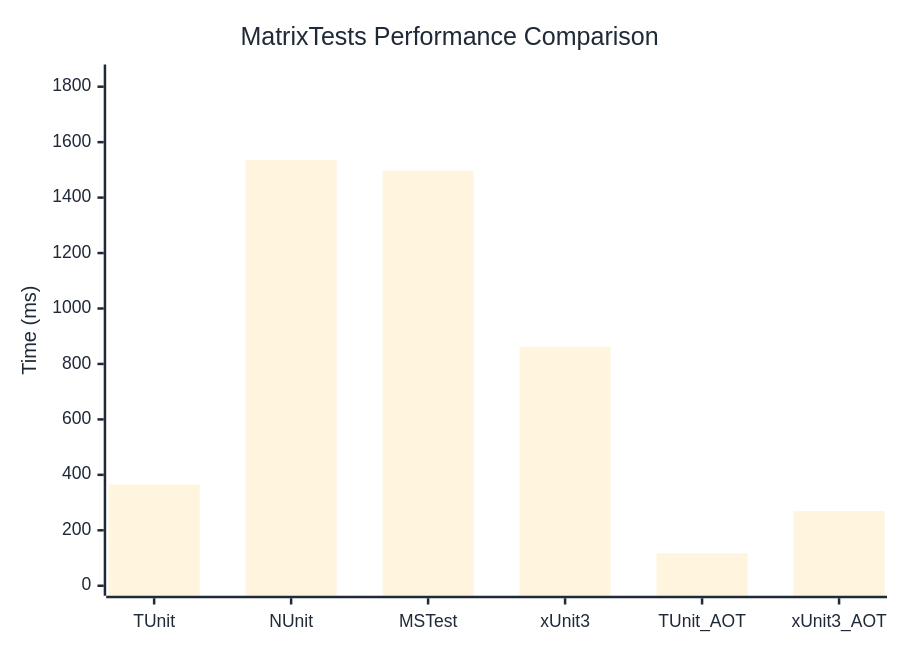
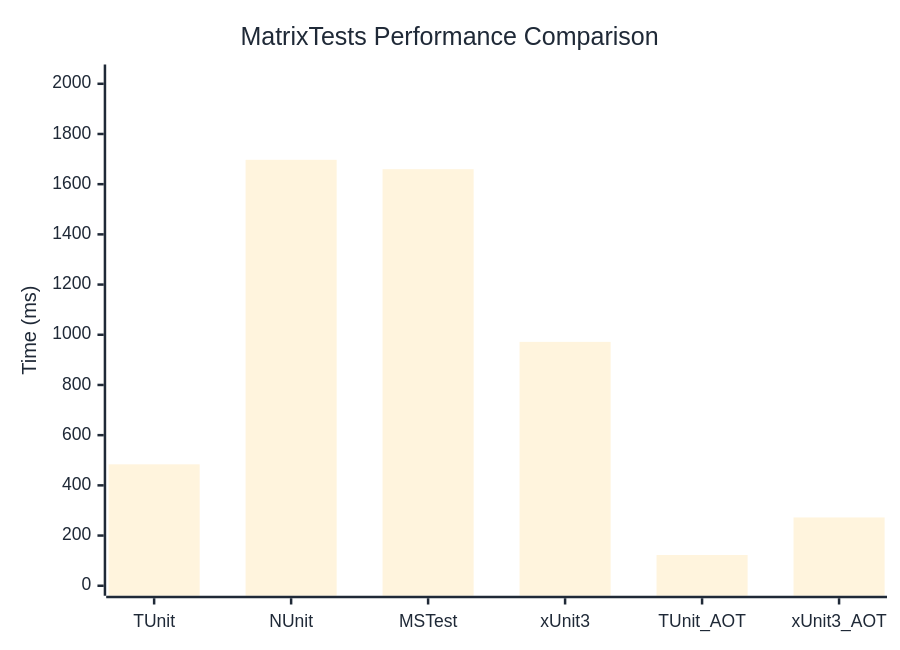
Before and after one commit to thomhurst/TUnit: the diagram in docs/docs/benchmarks/engine/MatrixTests.md, drawn with Mermaid. The commit also changed other lines of this file and 18 other files, not shown here.

````diff
--- a/docs/docs/benchmarks/engine/MatrixTests.md
+++ b/docs/docs/benchmarks/engine/MatrixTests.md
@@ -30,37 +30,37 @@
 ```mermaid
 %%{init: {
   'theme':'base',
   'themeVariables': {
     'primaryColor': '#2563eb',
     'primaryTextColor': '#1f2937',
     'primaryBorderColor': '#1e40af',
     'lineColor': '#6b7280',
     'secondaryColor': '#7c3aed',
     'tertiaryColor': '#dc2626',
     'background': '#ffffff',
     'mainBkg': '#2563eb',
     'secondBkg': '#7c3aed',
     'tertiaryBkg': '#dc2626',
     'clusterBkg': '#f3f4f6',
     'edgeLabelBackground': '#ffffff',
     'tertiaryTextColor': '#1f2937',
     'pie1': '#2563eb',
     'pie2': '#7c3aed',
     'pie3': '#dc2626',
     'pie4': '#f59e0b',
     'pie5': '#10b981',
     'pie6': '#06b6d4',
     'pie7': '#ec4899',
     'pie8': '#6366f1',
     'pie9': '#84cc16',
     'pie10': '#f97316',
     'pie11': '#14b8a6',
     'pie12': '#a855f7'
   }
 }}%%
 xychart-beta
   title "MatrixTests Performance Comparison"
   x-axis ["TUnit", "NUnit", "MSTest", "xUnit3", "TUnit_AOT", "xUnit3_AOT"]
-  y-axis "Time (ms)" 0 --> 1844
-  bar [364.9, 1536.5, 1497.2, 861.9, 117.1, 269.2]
+  y-axis "Time (ms)" 0 --> 2037
+  bar [483.8, 1697.1, 1659.7, 971.7, 122.4, 272.2]
 ```
````
